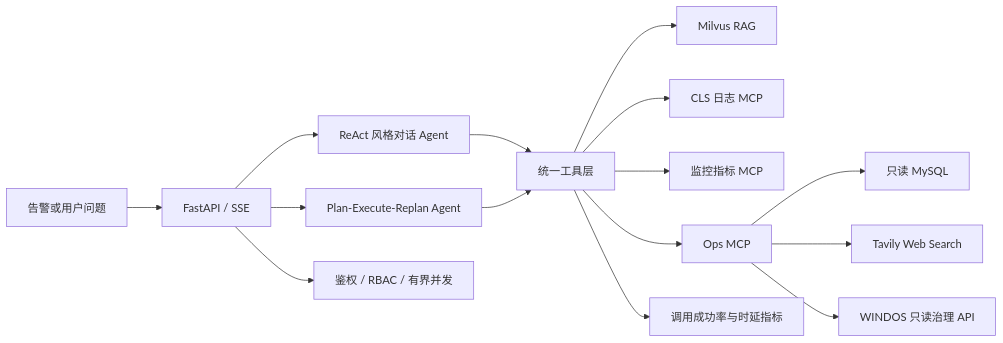
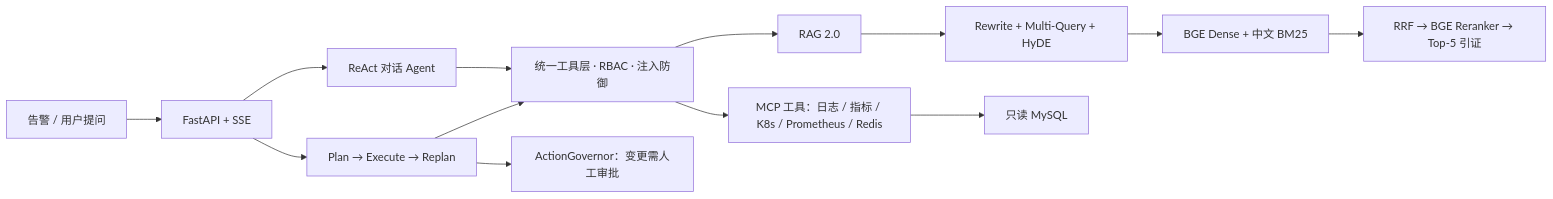
Before and after one commit to linhongyu510/aiops-copilot: the diagram in README.md, drawn with Mermaid. The commit also changed other lines of this file and 231 other files, not shown here.

````diff
--- a/README.md
+++ b/README.md
@@ -17,17 +60,15 @@
 ```mermaid
 flowchart LR
-    U["告警或用户问题"] --> API["FastAPI / SSE"]
-    API --> C["ReAct 风格对话 Agent"]
-    API --> P["Plan-Execute-Replan Agent"]
-    C --> T["统一工具层"]
+    U["告警 / 用户提问"] --> API["FastAPI + SSE"]
+    API --> C["ReAct 对话 Agent"]
+    API --> P["Plan → Execute → Replan"]
+    C --> T["统一工具层 · RBAC · 注入防御"]
     P --> T
-    T --> R["Milvus RAG"]
-    T --> L["CLS 日志 MCP"]
-    T --> M["监控指标 MCP"]
-    T --> O["Ops MCP"]
-    O --> DB["只读 MySQL"]
-    O --> W["Tavily Web Search"]
-    O --> WD["WINDOS 只读治理 API"]
-    T --> X["调用成功率与时延指标"]
-    API --> G["鉴权 / RBAC / 有界并发"]
+    T --> R["RAG 2.0"]
+    R --> H["Rewrite + Multi-Query + HyDE"]
+    H --> V["BGE Dense + 中文 BM25"]
+    V --> F["RRF → BGE Reranker → Top-5 引证"]
+    T --> M["MCP 工具：日志 / 指标 / K8s / Prometheus / Redis"]
+    M --> DB["只读 MySQL"]
+    P --> G["ActionGovernor：变更需人工审批"]
 ```
````
